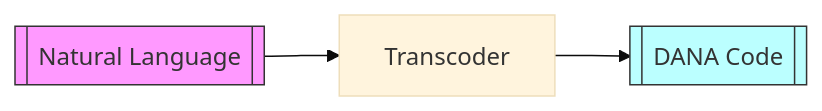
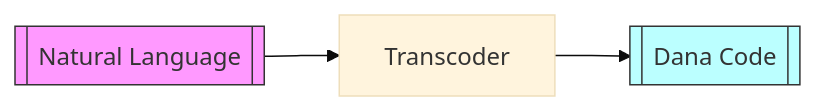
One commit to aitomatic/dana changed the first of 4 diagrams in docs/dana/transcoder.md. Above: the diagram before and after it, drawn with Mermaid (base theme). The commit also changed other lines of this file and 54 other files, not shown here.

````diff
--- a/docs/dana/transcoder.md
+++ b/docs/dana/transcoder.md
@@ -33,7 +33,7 @@
 ```mermaid
 graph LR
     NL[[Natural Language]] --> T[Transcoder]
-    T --> DANA[[DANA Code]]
+    T --> Dana[[Dana Code]]
     style NL fill:#f9f,stroke:#333
-    style DANA fill:#bff,stroke:#333
+    style Dana fill:#bff,stroke:#333
 ```
````
